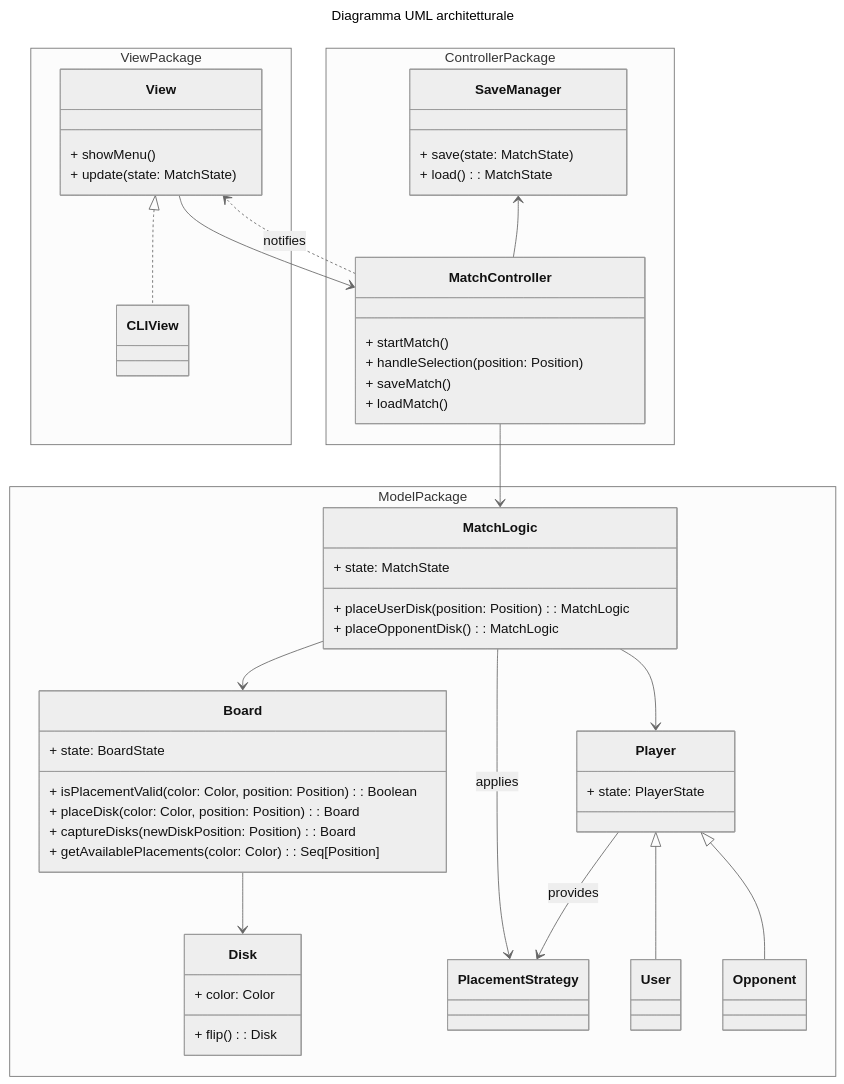
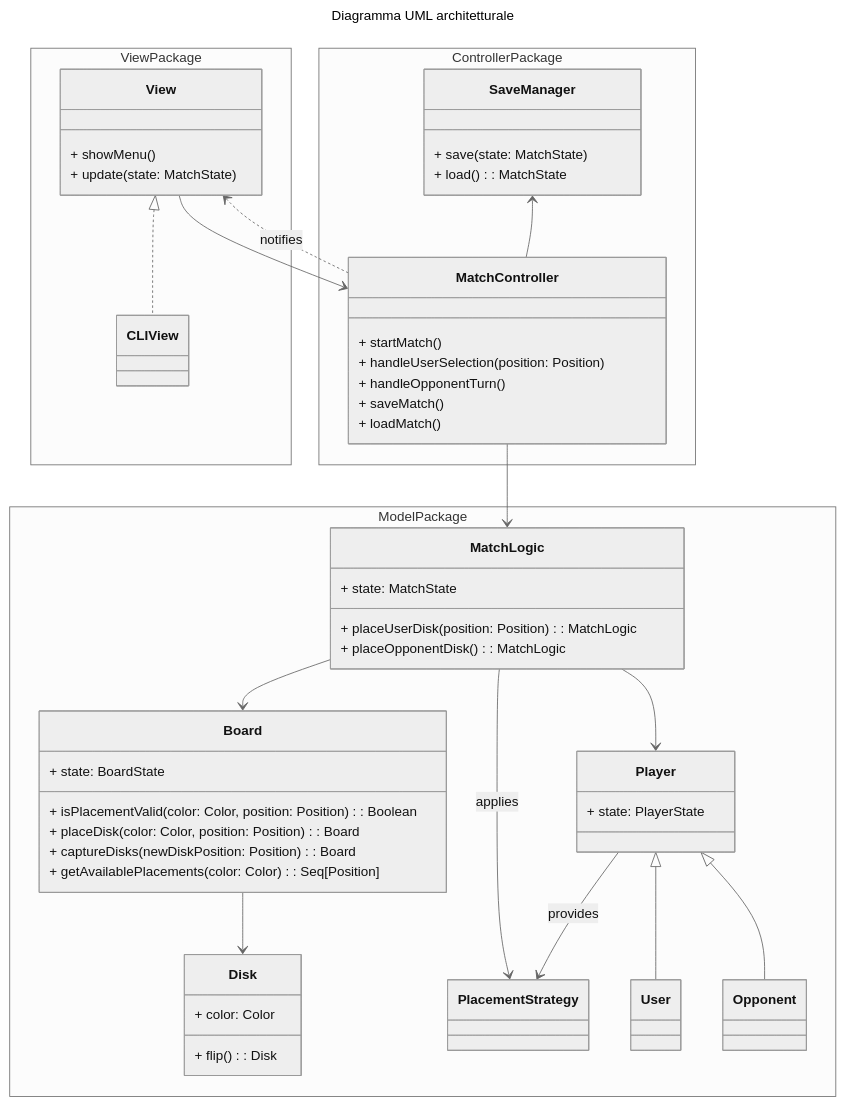
One commit to Borgotto/PPS-25-scalatello changed the first of 3 diagrams in docs/report/4-architectural-design.md. Above: the diagram before and after it, drawn with Mermaid (neutral theme). The commit also changed 1 other file, not shown here.

Commit message:
Refactor: MatchController design
- change handleSelection() to handleUserSelection()
- add handleOpponentTurn()

````diff
--- a/docs/report/4-architectural-design.md
+++ b/docs/report/4-architectural-design.md
@@ -15,67 +15,68 @@
 ```mermaid
 ---
 title: Diagramma UML architetturale
 ---
 classDiagram
   namespace ViewPackage {
     class View {
       + showMenu()
       + update(state: MatchState)
     }
     class CLIView
   }
   namespace ControllerPackage {
     class MatchController {
       + startMatch()
-      + handleSelection(position: Position)
+      + handleUserSelection(position: Position)
+      + handleOpponentTurn()
       + saveMatch()
       + loadMatch()
     }
     class SaveManager {
       + save(state: MatchState)
       + load(): MatchState
     }
   }
   namespace ModelPackage {
     class MatchLogic {
       + state: MatchState
       + placeUserDisk(position: Position): MatchLogic
       + placeOpponentDisk(): MatchLogic
     }
     class Board {
       + state: BoardState
       + isPlacementValid(color: Color, position: Position): Boolean
       + placeDisk(color: Color, position: Position): Board
       + captureDisks(newDiskPosition: Position): Board
       + getAvailablePlacements(color: Color): Seq[Position]
     }
     class Disk {
       + color: Color
       + flip(): Disk
     }
     class Player {
       + state: PlayerState
     }
     class PlacementStrategy
     class User
     class Opponent
   }
 
     MatchLogic --> Board
     MatchLogic --> Player
     MatchLogic --> PlacementStrategy: applies
 
     Player <|-- User
     Player <|-- Opponent
 
     Player --> PlacementStrategy : provides
 
     Board --> Disk
 
     View --> MatchController
     MatchController ..> View : notifies
     MatchController --> MatchLogic
     SaveManager <-- MatchController
 
     View <|.. CLIView
 ```
````
